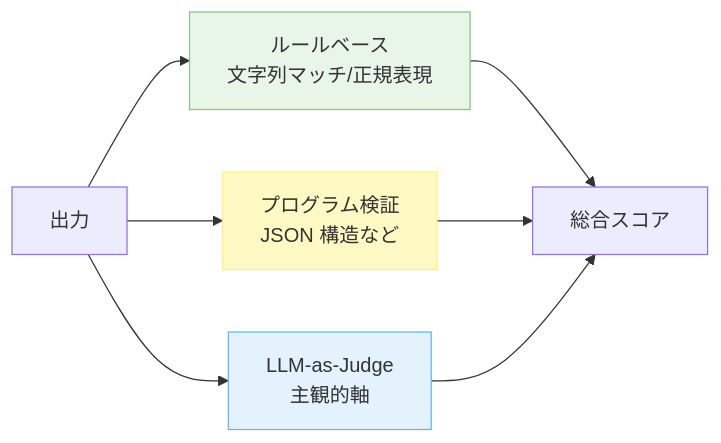
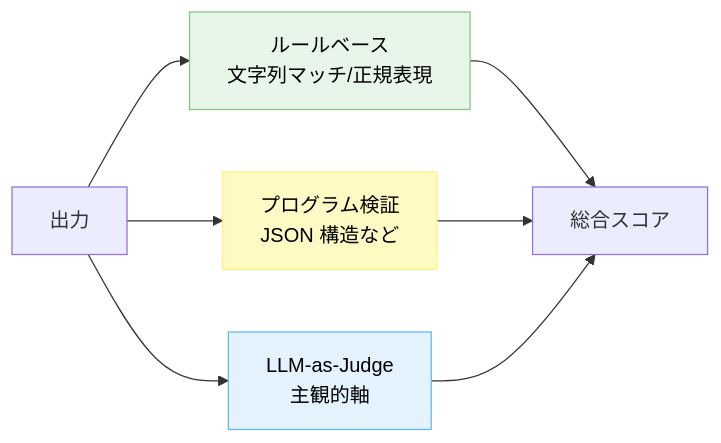
One commit to dinekt/dinekt-wiki changed the second of 3 diagrams in docs/tools/評価ハーネスの設計-プロンプトを育てる仕組み.md. Above: the diagram before and after it, drawn with Mermaid. The commit also changed other lines of this file and 71 other files, not shown here.

First line of the commit message:
fix: mermaid readability + remove GitHub repo toolbar

````diff
--- a/docs/tools/評価ハーネスの設計-プロンプトを育てる仕組み.md
+++ b/docs/tools/評価ハーネスの設計-プロンプトを育てる仕組み.md
@@ -68,13 +68,13 @@
 ```mermaid
 flowchart LR
     O[出力] --> G1[ルールベース<br/>文字列マッチ/正規表現]
     O --> G2[プログラム検証<br/>JSON 構造など]
     O --> G3[LLM-as-Judge<br/>主観的軸]
     G1 --> S[総合スコア]
     G2 --> S
     G3 --> S
 
-    style G1 fill:#e8f5e9,stroke:#81c784
-    style G2 fill:#fff9c4,stroke:#fff176
-    style G3 fill:#e3f2fd,stroke:#64b5f6
+    style G1 fill:#e8f5e9,stroke:#81c784,color:#000
+    style G2 fill:#fff9c4,stroke:#fff176,color:#000
+    style G3 fill:#e3f2fd,stroke:#64b5f6,color:#000
 ```
````
